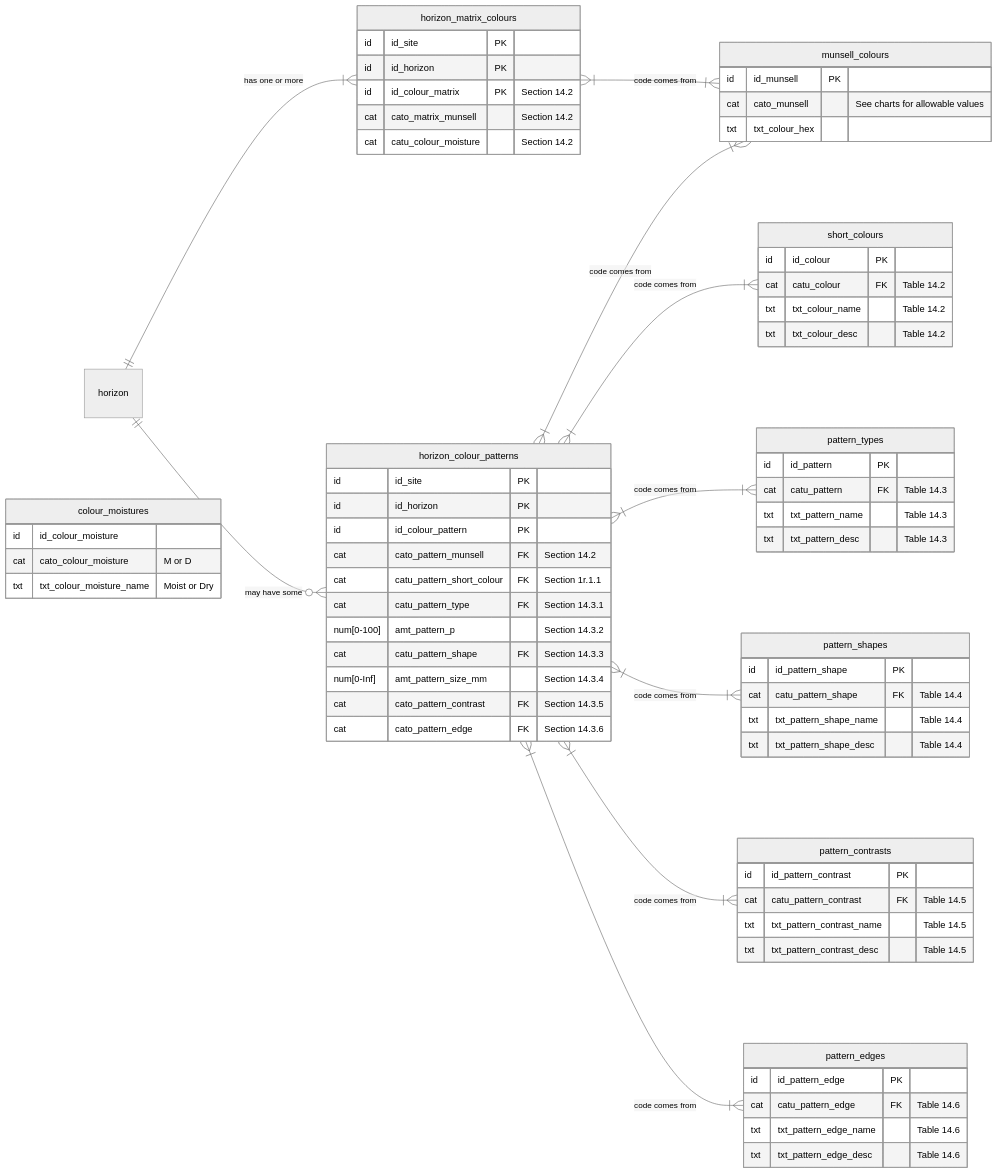
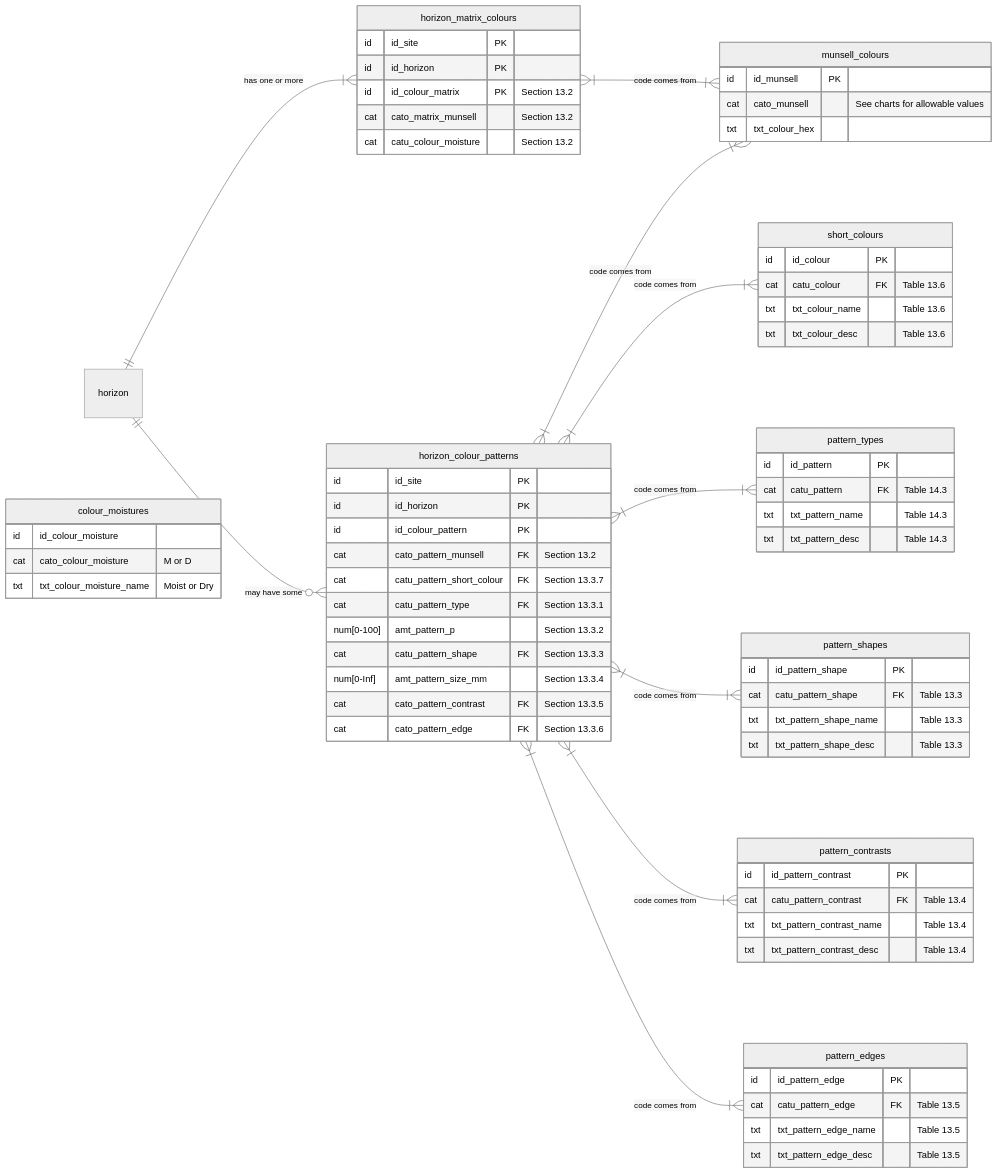
One commit to manaakiwhenua/NZ_soildesc_2024 changed diagram 13 of 27 in ap_03_database_design.qmd. Above: the diagram before and after it, drawn with Mermaid (neutral theme). The commit also changed other lines of this file, not shown here.

````diff
--- a/ap_03_database_design.qmd
+++ b/ap_03_database_design.qmd
@@ -1259,11 +1263,11 @@
   horizon_matrix_colours {
     id          id_site PK
     id          id_horizon PK
-    id          id_colour_matrix PK        "Section 14.2"
+    id          id_colour_matrix PK        "Section 13.2"
     %% can also split into hue/value/chroma with subtables %%
-    cat         cato_matrix_munsell        "Section 14.2"
+    cat         cato_matrix_munsell        "Section 13.2"
     %% no simple colours on the matrix!! %%
-    cat         catu_colour_moisture       "Section 14.2"
+    cat         catu_colour_moisture       "Section 13.2"
   }
   
   %% data %%
@@ -1272,15 +1276,15 @@
     id          id_horizon PK
     id          id_colour_pattern PK
     %% either %%
-    cat         cato_pattern_munsell FK        "Section 14.2"
+    cat         cato_pattern_munsell FK        "Section 13.2"
     %% or, %%
-    cat         catu_pattern_short_colour FK   "Section 1r.1.1"
-    cat         catu_pattern_type FK           "Section 14.3.1"
-    num[0-100]  amt_pattern_p                  "Section 14.3.2"
-    cat         catu_pattern_shape  FK         "Section 14.3.3"
-    num[0-Inf]  amt_pattern_size_mm            "Section 14.3.4"
-    cat         cato_pattern_contrast FK       "Section 14.3.5"
-    cat         cato_pattern_edge FK           "Section 14.3.6"
+    cat         catu_pattern_short_colour FK   "Section 13.3.7"
+    cat         catu_pattern_type FK           "Section 13.3.1"
+    num[0-100]  amt_pattern_p                  "Section 13.3.2"
+    cat         catu_pattern_shape  FK         "Section 13.3.3"
+    num[0-Inf]  amt_pattern_size_mm            "Section 13.3.4"
+    cat         cato_pattern_contrast FK       "Section 13.3.5"
+    cat         cato_pattern_edge FK           "Section 13.3.6"
    }
  
   munsell_colours {
@@ -1292,9 +1296,9 @@
    
   short_colours {
     id          id_colour PK
-    cat         catu_colour FK            "Table 14.2"
-    txt         txt_colour_name           "Table 14.2"
-    txt         txt_colour_desc           "Table 14.2"
+    cat         catu_colour FK            "Table 13.6"
+    txt         txt_colour_name           "Table 13.6"
+    txt         txt_colour_desc           "Table 13.6"
   } 
   
   colour_moistures {
@@ -1312,22 +1316,22 @@
 
   pattern_shapes {
     id          id_pattern_shape PK
-    cat         catu_pattern_shape FK     "Table 14.4"
-    txt         txt_pattern_shape_name    "Table 14.4"
-    txt         txt_pattern_shape_desc    "Table 14.4"
+    cat         catu_pattern_shape FK     "Table 13.3"
+    txt         txt_pattern_shape_name    "Table 13.3"
+    txt         txt_pattern_shape_desc    "Table 13.3"
   }
 
   pattern_contrasts {
     id          id_pattern_contrast PK
-    cat         catu_pattern_contrast FK  "Table 14.5"
-    txt         txt_pattern_contrast_name "Table 14.5"
-    txt         txt_pattern_contrast_desc "Table 14.5"
+    cat         catu_pattern_contrast FK  "Table 13.4"
+    txt         txt_pattern_contrast_name "Table 13.4"
+    txt         txt_pattern_contrast_desc "Table 13.4"
   }
   
   pattern_edges {
     id          id_pattern_edge PK
-    cat         catu_pattern_edge FK      "Table 14.6"
-    txt         txt_pattern_edge_name     "Table 14.6"
-    txt         txt_pattern_edge_desc     "Table 14.6"
+    cat         catu_pattern_edge FK      "Table 13.5"
+    txt         txt_pattern_edge_name     "Table 13.5"
+    txt         txt_pattern_edge_desc     "Table 13.5"
   }
 ```
````
